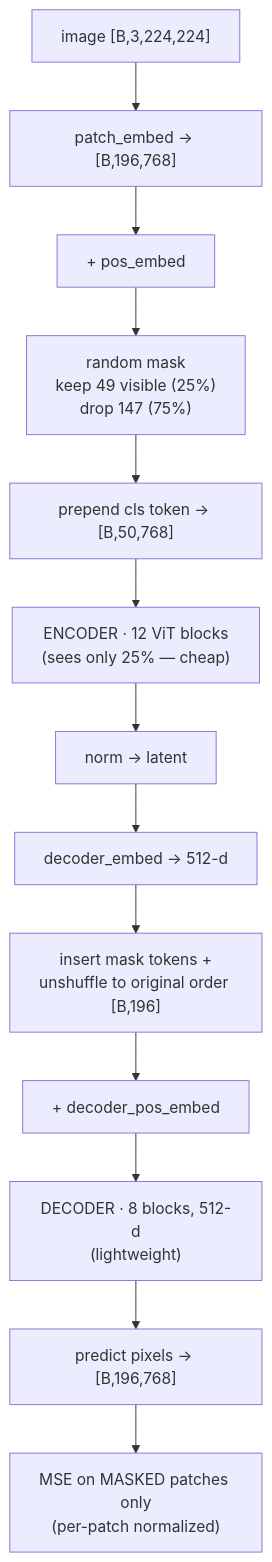
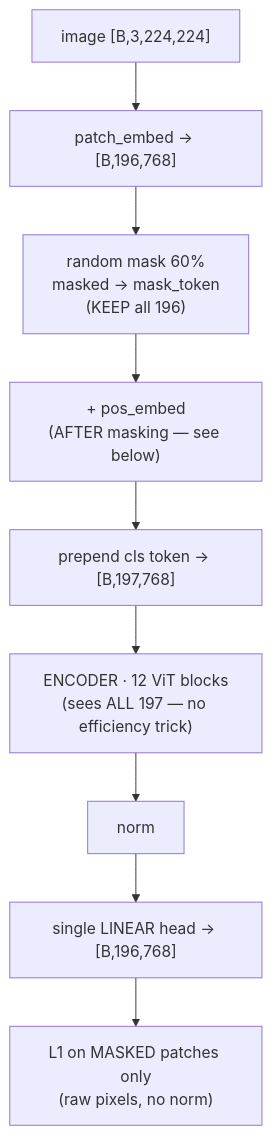
One commit to MokshitSama/mae-from-scratch-imagenet changed the third of 4 diagrams in README.md. Above: the diagram before and after it, drawn with Mermaid. The commit also changed other lines of this file and 7 other files, not shown here.

````diff
--- a/README.md
+++ b/README.md
@@ -38,15 +80,11 @@
 ```mermaid
 flowchart TD
     IMG["image [B,3,224,224]"] --> PE["patch_embed → [B,196,768]"]
-    PE --> POS["+ pos_embed"]
-    POS --> MASK["random mask<br/>keep 49 visible (25%)<br/>drop 147 (75%)"]
-    MASK --> CLS["prepend cls token → [B,50,768]"]
-    CLS --> ENC["ENCODER · 12 ViT blocks<br/>(sees only 25% — cheap)"]
-    ENC --> NORM["norm → latent"]
-    NORM --> DEMB["decoder_embed → 512-d"]
-    DEMB --> INS["insert mask tokens +<br/>unshuffle to original order [B,196]"]
-    INS --> DPOS["+ decoder_pos_embed"]
-    DPOS --> DEC["DECODER · 8 blocks, 512-d<br/>(lightweight)"]
-    DEC --> PRED["predict pixels → [B,196,768]"]
-    PRED --> LOSS["MSE on MASKED patches only<br/>(per-patch normalized)"]
+    PE --> MASK["random mask 60%<br/>masked → mask_token<br/>(KEEP all 196)"]
+    MASK --> POS["+ pos_embed<br/>(AFTER masking — see below)"]
+    POS --> CLS["prepend cls token → [B,197,768]"]
+    CLS --> ENC["ENCODER · 12 ViT blocks<br/>(sees ALL 197 — no efficiency trick)"]
+    ENC --> NORM["norm"]
+    NORM --> HEAD["single LINEAR head → [B,196,768]"]
+    HEAD --> LOSS["L1 on MASKED patches only<br/>(raw pixels, no norm)"]
 ```
````
